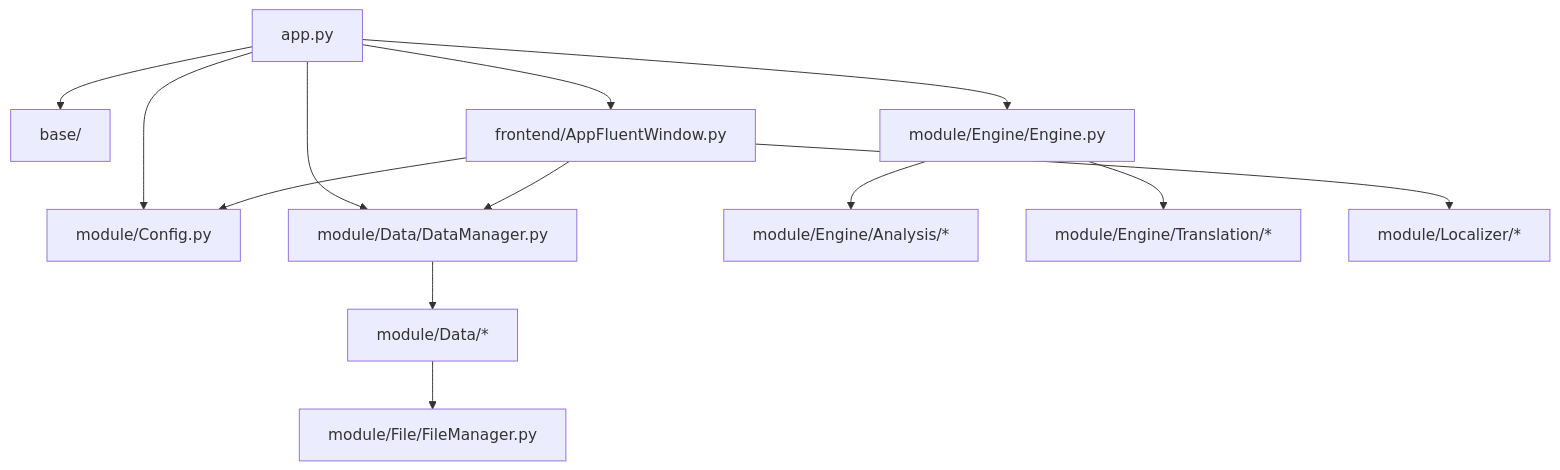
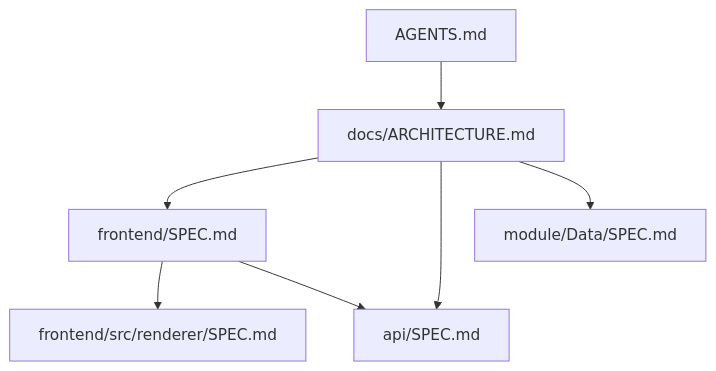
The second of 3 diagrams in docs/ARCHITECTURE.md (neavo/LinguaGacha), drawn with Mermaid before and after one commit. The commit also changed other lines of this file and 478 other files, not shown here.

````diff
--- a/docs/ARCHITECTURE.md
+++ b/docs/ARCHITECTURE.md
@@ -28,15 +30,9 @@
 ```mermaid
 flowchart TD
-    A["app.py"] --> B["base/"]
-    A --> C["frontend/AppFluentWindow.py"]
-    A --> D["module/Config.py"]
-    A --> E["module/Data/DataManager.py"]
-    A --> F["module/Engine/Engine.py"]
-    C --> E
+    A["AGENTS.md"] --> B["docs/ARCHITECTURE.md"]
+    B --> C["frontend/SPEC.md"]
+    B --> D["api/SPEC.md"]
+    B --> E["module/Data/SPEC.md"]
+    C --> F["frontend/src/renderer/SPEC.md"]
     C --> D
-    E --> G["module/Data/*"]
-    F --> H["module/Engine/Analysis/*"]
-    F --> I["module/Engine/Translation/*"]
-    G --> J["module/File/FileManager.py"]
-    C --> K["module/Localizer/*"]
 ```
````
